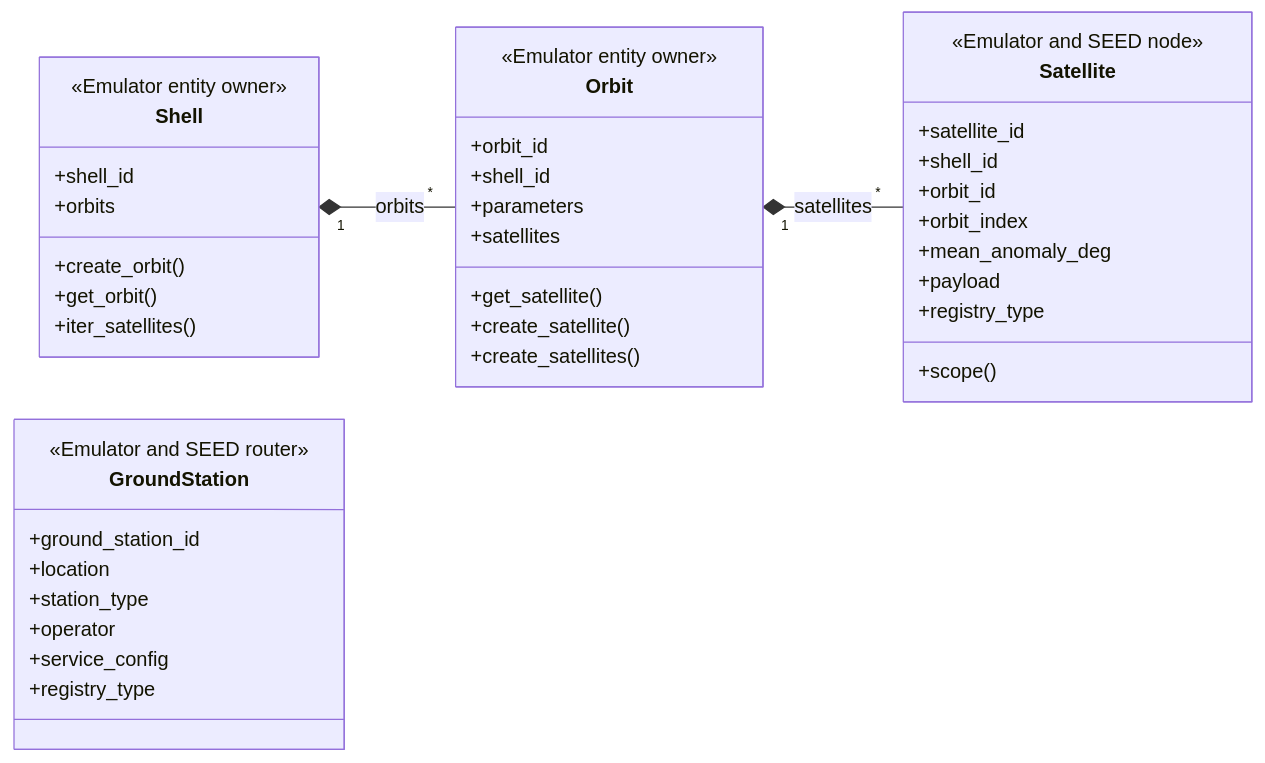
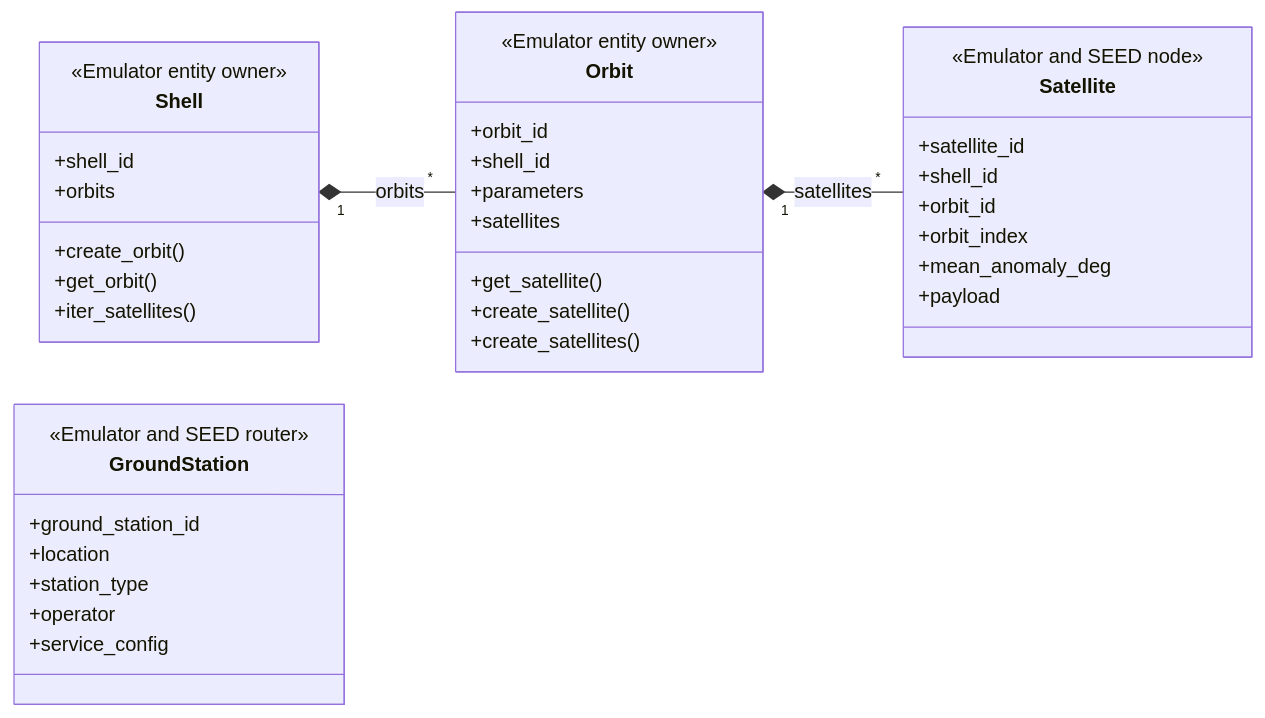
One commit to seed-labs/skyseed changed the third of 4 diagrams in skyseed_v2/src/skyseed_v2/emulator/entities/README.md. Above: the diagram before and after it, drawn with Mermaid. The commit also changed other lines of this file and 52 other files, not shown here.

````diff
--- a/skyseed_v2/src/skyseed_v2/emulator/entities/README.md
+++ b/skyseed_v2/src/skyseed_v2/emulator/entities/README.md
@@ -37,44 +47,41 @@
 ```mermaid
 classDiagram
     direction LR
     class Shell {
         <<Emulator entity owner>>
         +shell_id
         +orbits
         +create_orbit()
         +get_orbit()
         +iter_satellites()
     }
     class Orbit {
         <<Emulator entity owner>>
         +orbit_id
         +shell_id
         +parameters
         +satellites
         +get_satellite()
         +create_satellite()
         +create_satellites()
     }
     class Satellite {
         <<Emulator and SEED node>>
         +satellite_id
         +shell_id
         +orbit_id
         +orbit_index
         +mean_anomaly_deg
         +payload
-        +registry_type
-        +scope()
     }
     class GroundStation {
         <<Emulator and SEED router>>
         +ground_station_id
         +location
         +station_type
         +operator
         +service_config
-        +registry_type
     }
     Shell "1" *-- "*" Orbit : orbits
     Orbit "1" *-- "*" Satellite : satellites
 ```
````
